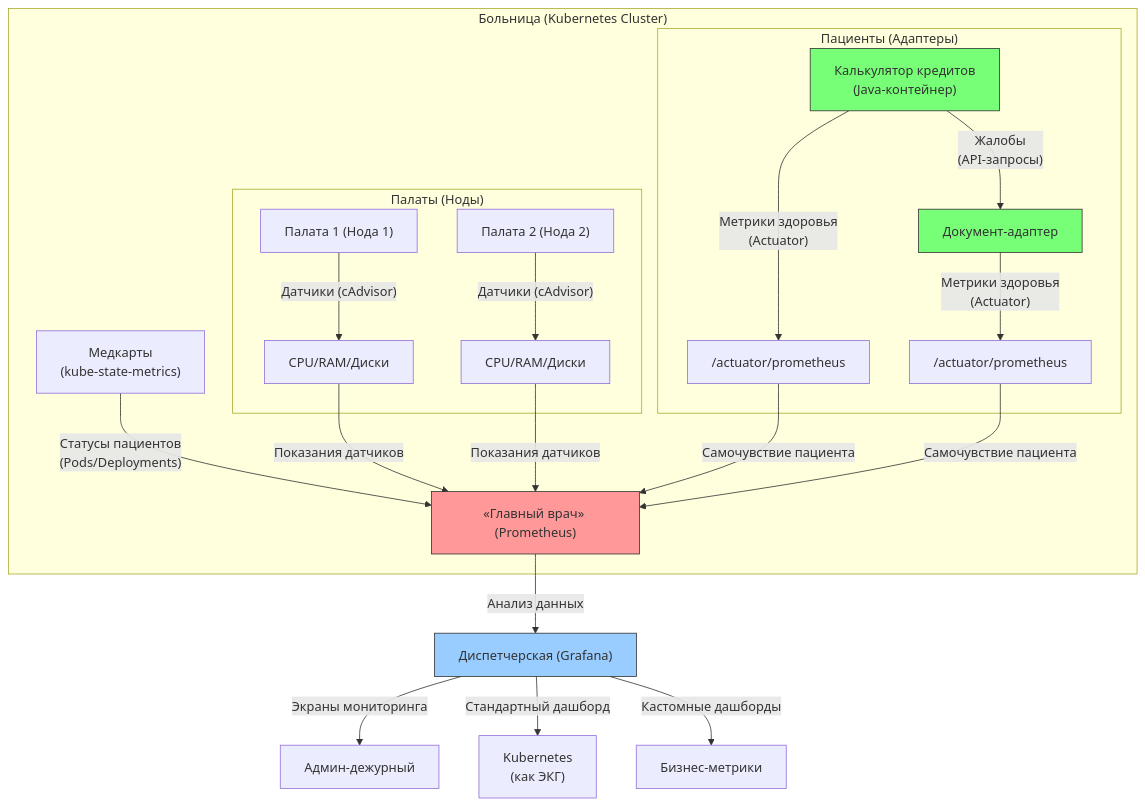
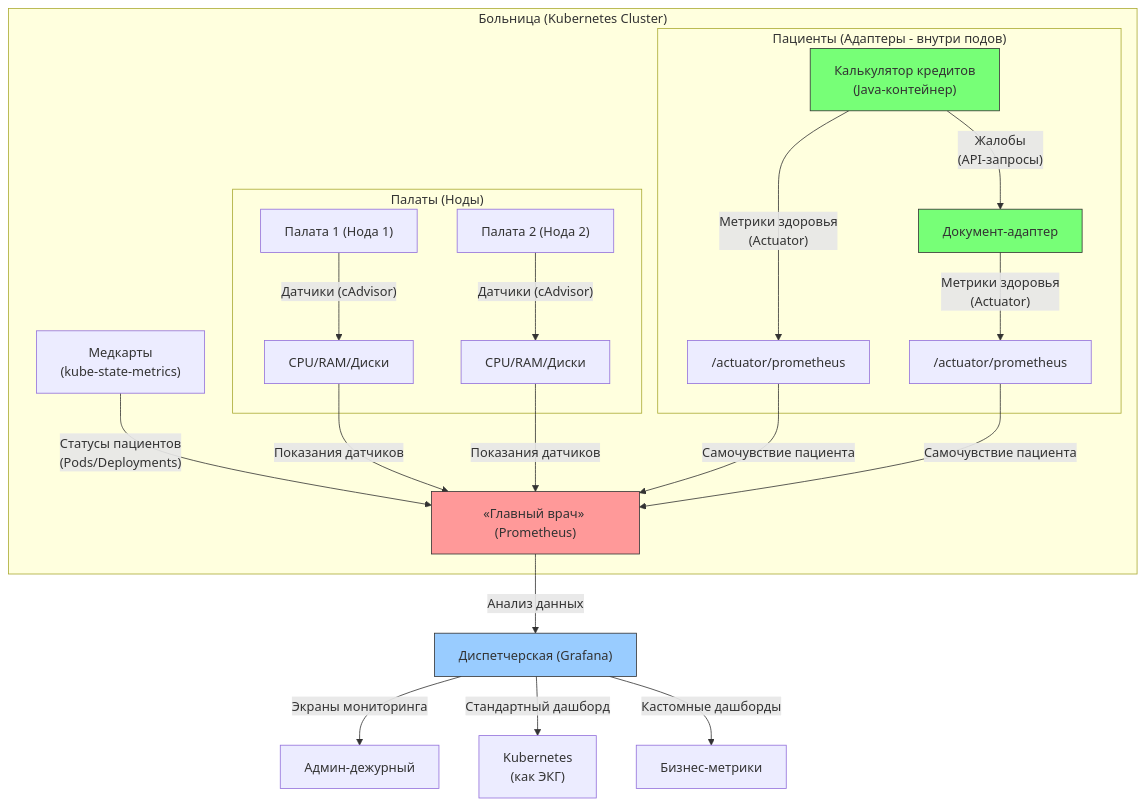
Before and after one commit to lamjob1993/kubernetes-monitoring: the diagram in kubernetes/legend/2. Проводим аналогию.md, drawn with Mermaid.

Commit message:
Update 2. Проводим аналогию.md

````diff
--- a/kubernetes/legend/2. Проводим аналогию.md
+++ b/kubernetes/legend/2. Проводим аналогию.md
@@ -3,31 +3,31 @@
 ```mermaid
 flowchart TD
     subgraph "Больница (Kubernetes Cluster)"
         subgraph "Палаты (Ноды)"
             Палата1["Палата 1 (Нода 1)"] --> |"Датчики (cAdvisor)"| Мониторы1["CPU/RAM/Диски"]
             Палата2["Палата 2 (Нода 2)"] --> |"Датчики (cAdvisor)"| Мониторы2["CPU/RAM/Диски"]
         end
 
-        subgraph "Пациенты (Адаптеры)"
+        subgraph "Пациенты (Адаптеры - внутри подов)"
             Калькулятор["Калькулятор кредитов\n(Java-контейнер)"] --> |"Жалобы\n(API-запросы)"| Документы["Документ-адаптер"]
             Калькулятор --> |"Метрики здоровья\n(Actuator)"| МедКарта1["/actuator/prometheus"]
             Документы --> |"Метрики здоровья\n(Actuator)"| МедКарта2["/actuator/prometheus"]
         end
 
         МедКарты["Медкарты\n(kube-state-metrics)"] --> |"Статусы пациентов\n(Pods/Deployments)"| ГлавВрач
         Мониторы1 --> |"Показания датчиков"| ГлавВрач
         Мониторы2 --> |"Показания датчиков"| ГлавВрач
         МедКарта1 --> |"Самочувствие пациента"| ГлавВрач
         МедКарта2 --> |"Самочувствие пациента"| ГлавВрач
     end
 
     ГлавВрач["«Главный врач» (Prometheus)"] --> |"Анализ данных"| Диспетчерская["Диспетчерская (Grafana)"]
     Диспетчерская --> |"Экраны мониторинга"| Администратор["Админ-дежурный"]
     Диспетчерская --> |"Стандартный дашборд"| ЭКГ["Kubernetes\n(как ЭКГ)"]
     Диспетчерская --> |"Кастомные дашборды"| СпецМониторы["Бизнес-метрики"]
 
     style ГлавВрач fill:#ff9999,stroke:#333
     style Диспетчерская fill:#99ccff,stroke:#333
     style Калькулятор fill:#7f7,stroke:#333
     style Документы fill:#7f7,stroke:#333
 ```
````
